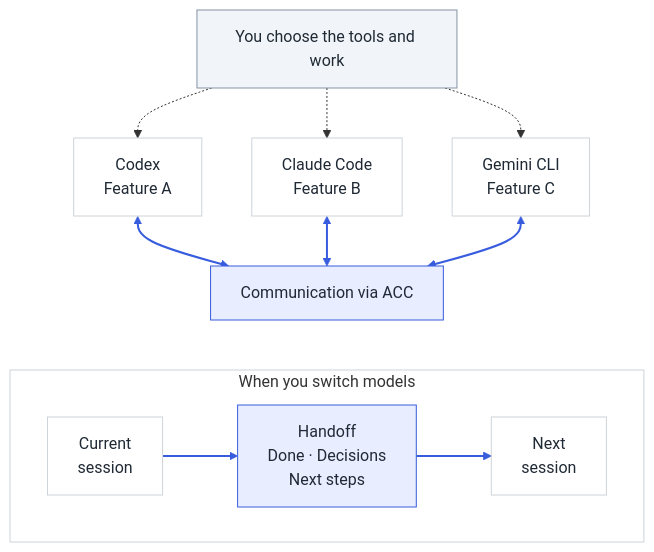
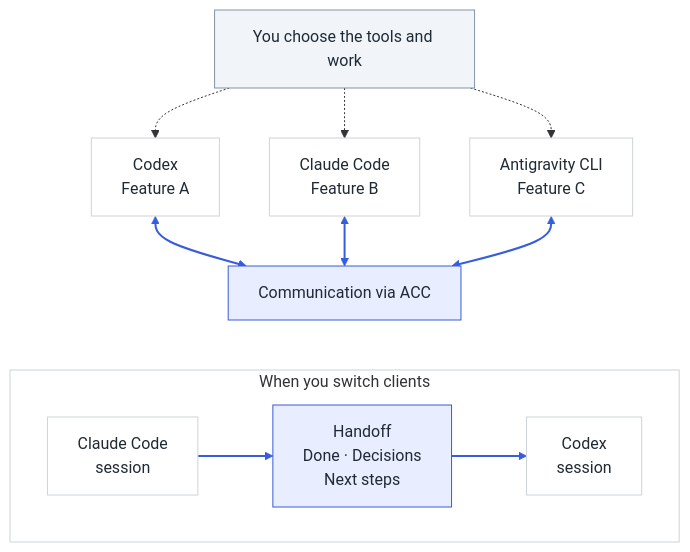
The diagram in README.md (automatis-tools/agents-can-communicate), drawn with Mermaid before and after one commit. The commit also changed other lines of this file and 7 other files, not shown here.

````diff
--- a/README.md
+++ b/README.md
@@ -12,31 +15,31 @@
 ```mermaid
 flowchart TB
     you["You choose the tools and work"]
     codex["Codex<br/>Feature A"]
     claude["Claude Code<br/>Feature B"]
-    gemini["Gemini CLI<br/>Feature C"]
+    antigravity["Antigravity CLI<br/>Feature C"]
     acc["Communication via ACC"]
 
     you -.-> codex
     you -.-> claude
-    you -.-> gemini
+    you -.-> antigravity
     codex <--> acc
     claude <--> acc
-    gemini <--> acc
+    antigravity <--> acc
 
-    subgraph handoff["When you switch models"]
+    subgraph handoff["When you switch clients"]
         direction LR
-        current["Current<br/>session"] --> saved["Handoff<br/>Done · Decisions<br/>Next steps"]
-        saved --> next["Next<br/>session"]
+        current["Claude Code<br/>session"] --> saved["Handoff<br/>Done · Decisions<br/>Next steps"]
+        saved --> next["Codex<br/>session"]
     end
     acc ~~~ handoff
 
     classDef human fill:#f1f5f9,stroke:#8593a3,color:#202a35
     classDef session fill:#fff,stroke:#ced4d9,color:#202a35
     classDef shared fill:#e8edff,stroke:#385cde,color:#202a35
     class you human
-    class codex,claude,gemini,current,next session
+    class codex,claude,antigravity,current,next session
     class acc,saved shared
     style handoff fill:transparent,stroke:#ced4d9
     linkStyle 3,4,5,6,7 stroke:#385cde,stroke-width:2px
 ```
````
